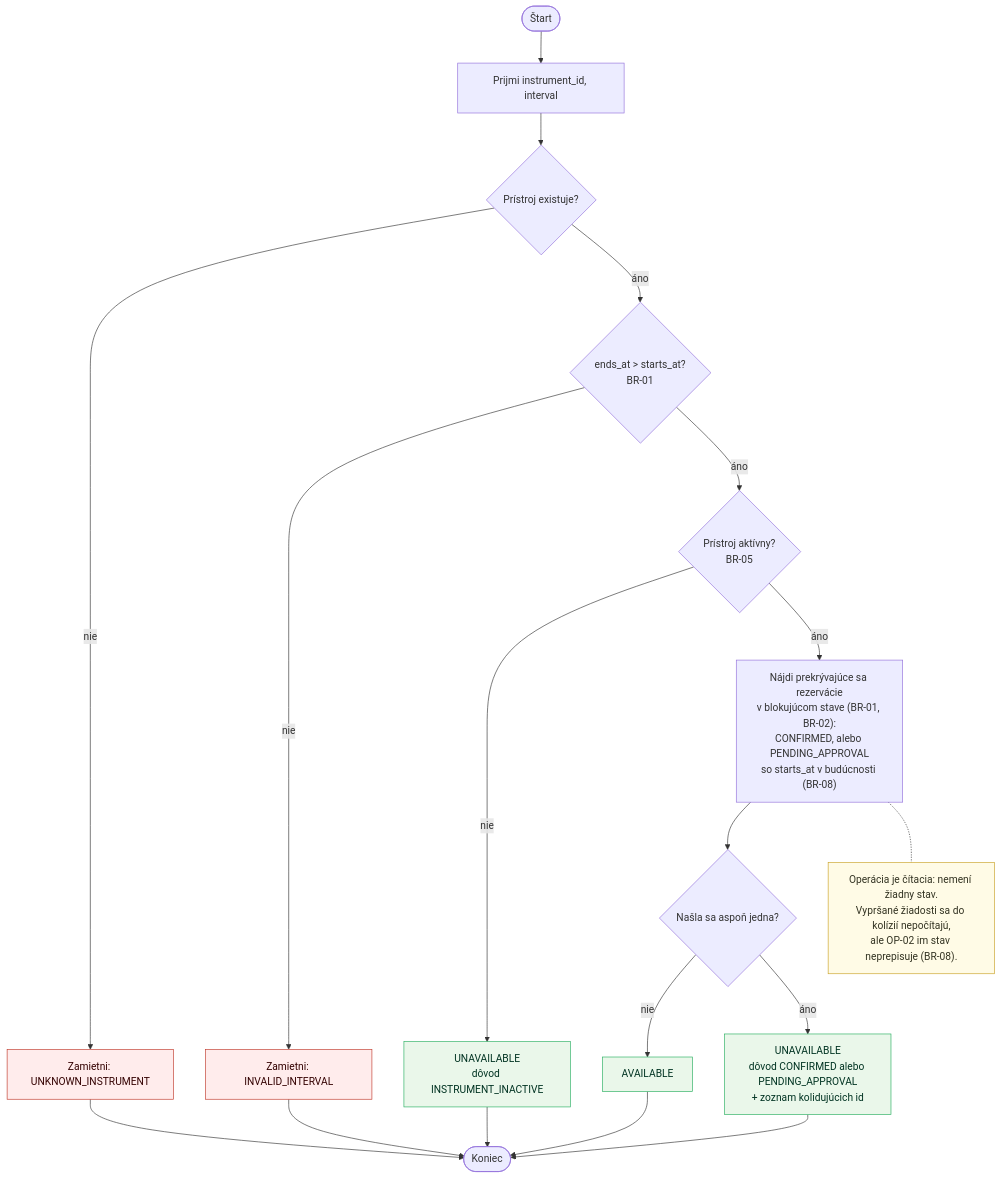
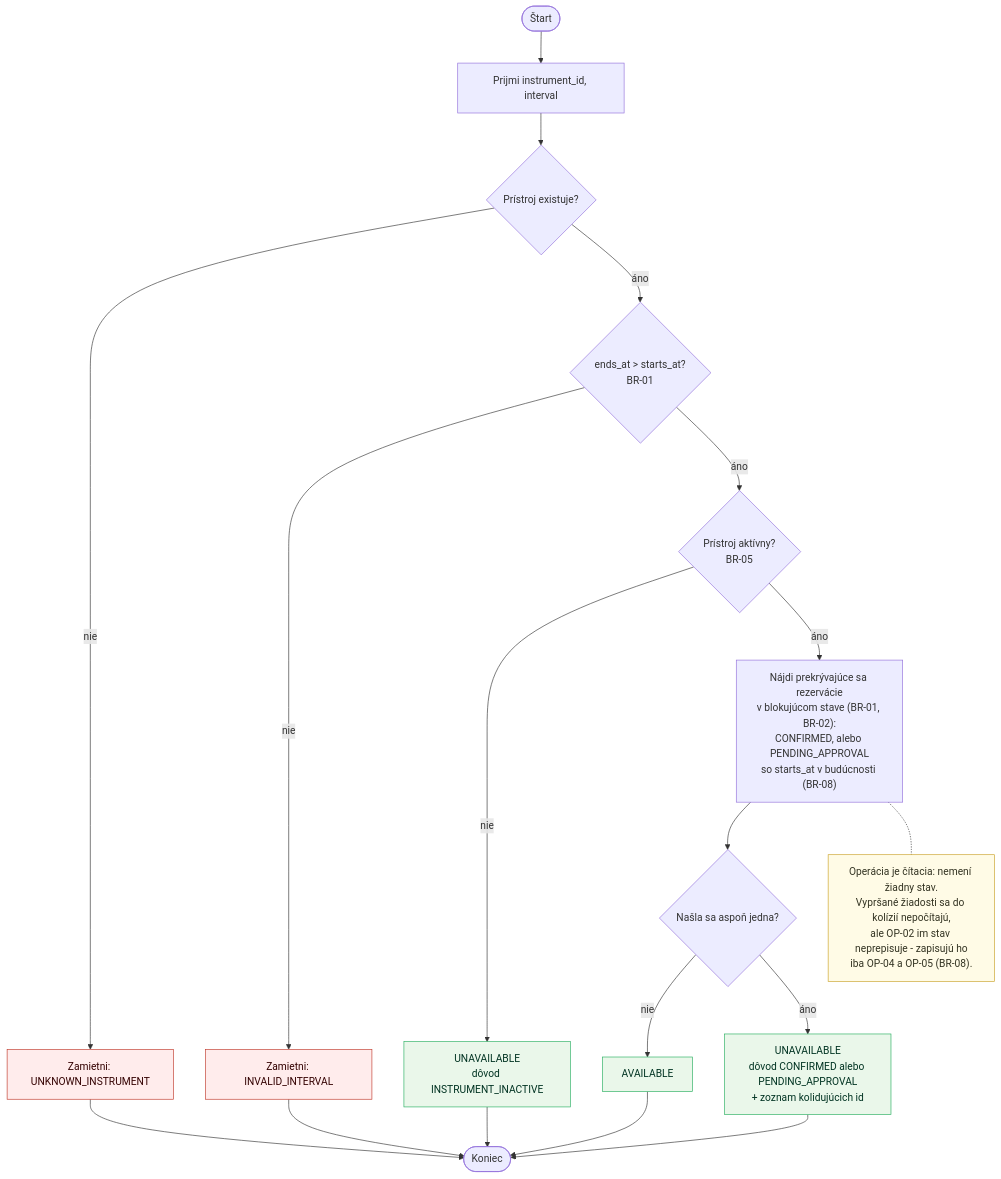
The fourth of 7 diagrams in docs/diagrams.md (thspowered/SWI-LAB), drawn with Mermaid before and after one commit. The commit also changed other lines of this file and 13 other files, not shown here.

````diff
--- a/docs/diagrams.md
+++ b/docs/diagrams.md
@@ -200,29 +202,29 @@
 ```mermaid
 flowchart TD
     A([Štart]) --> B["Prijmi instrument_id, interval"]
     B --> C{"Prístroj existuje?"}
     C -->|"nie"| X1["Zamietni: UNKNOWN_INSTRUMENT"]
     C -->|"áno"| D{"ends_at > starts_at?<br/>BR-01"}
     D -->|"nie"| X2["Zamietni: INVALID_INTERVAL"]
     D -->|"áno"| E{"Prístroj aktívny?<br/>BR-05"}
     E -->|"nie"| R1["UNAVAILABLE<br/>dôvod INSTRUMENT_INACTIVE"]
     E -->|"áno"| F["Nájdi prekrývajúce sa rezervácie<br/>v blokujúcom stave (BR-01, BR-02):<br/>CONFIRMED, alebo PENDING_APPROVAL<br/>so starts_at v budúcnosti (BR-08)"]
     F --> G{"Našla sa aspoň jedna?"}
     G -->|"nie"| R2["AVAILABLE"]
     G -->|"áno"| R3["UNAVAILABLE<br/>dôvod CONFIRMED alebo PENDING_APPROVAL<br/>+ zoznam kolidujúcich id"]
     R1 --> Z([Koniec])
     R2 --> Z
     R3 --> Z
     X1 --> Z
     X2 --> Z
 
-    N["Operácia je čítacia: nemení žiadny stav.<br/>Vypršané žiadosti sa do kolízií nepočítajú,<br/>ale OP-02 im stav neprepisuje (BR-08)."]
+    N["Operácia je čítacia: nemení žiadny stav.<br/>Vypršané žiadosti sa do kolízií nepočítajú,<br/>ale OP-02 im stav neprepisuje - zapisujú ho<br/>iba OP-04 a OP-05 (BR-08)."]
     F -.- N
 
     classDef rej fill:#ffecec,stroke:#c0392b,color:#300;
     classDef ok fill:#eaf7ea,stroke:#27ae60,color:#032;
     classDef note fill:#fffbe6,stroke:#c9a227,color:#332;
     class X1,X2 rej;
     class R1,R2,R3 ok;
     class N note;
 ```
````
